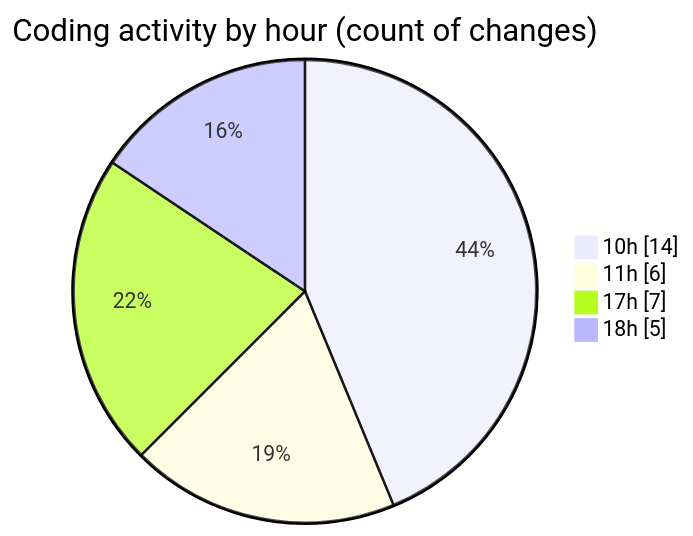
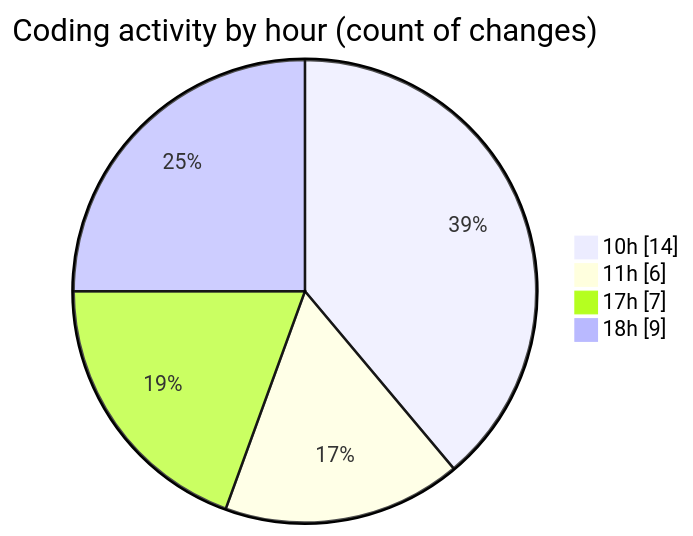
One commit to nxtqubesakshisongat/code-tracking changed the second of 2 diagrams in 2026-05-03/nxtqube_webapp/README.md. Above: the diagram before and after it, drawn with Mermaid. The commit also changed other lines of this file and 1 other file, not shown here.

````diff
--- a/2026-05-03/nxtqube_webapp/README.md
+++ b/2026-05-03/nxtqube_webapp/README.md
@@ -34,8 +34,8 @@
 ```mermaid
 pie showData
 title Coding activity by hour (count of changes)
 "10h" : 14
 "11h" : 6
 "17h" : 7
-"18h" : 5
+"18h" : 9
 ```
````
